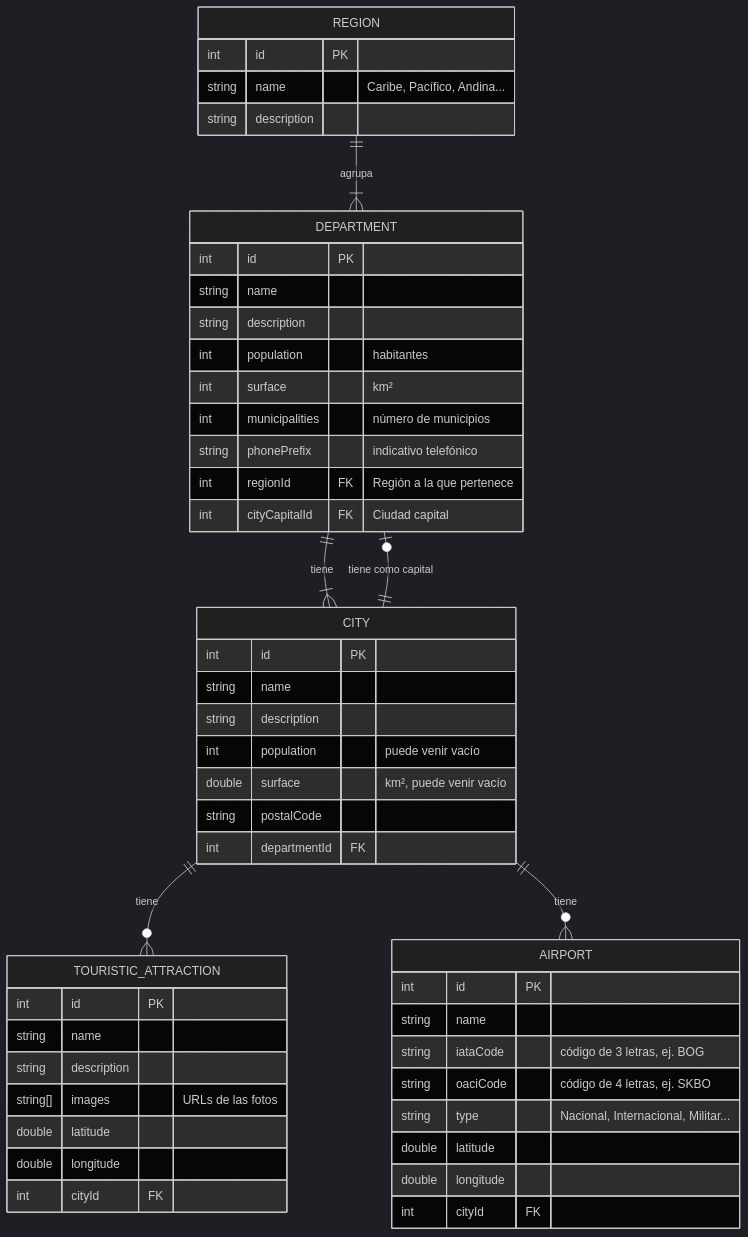
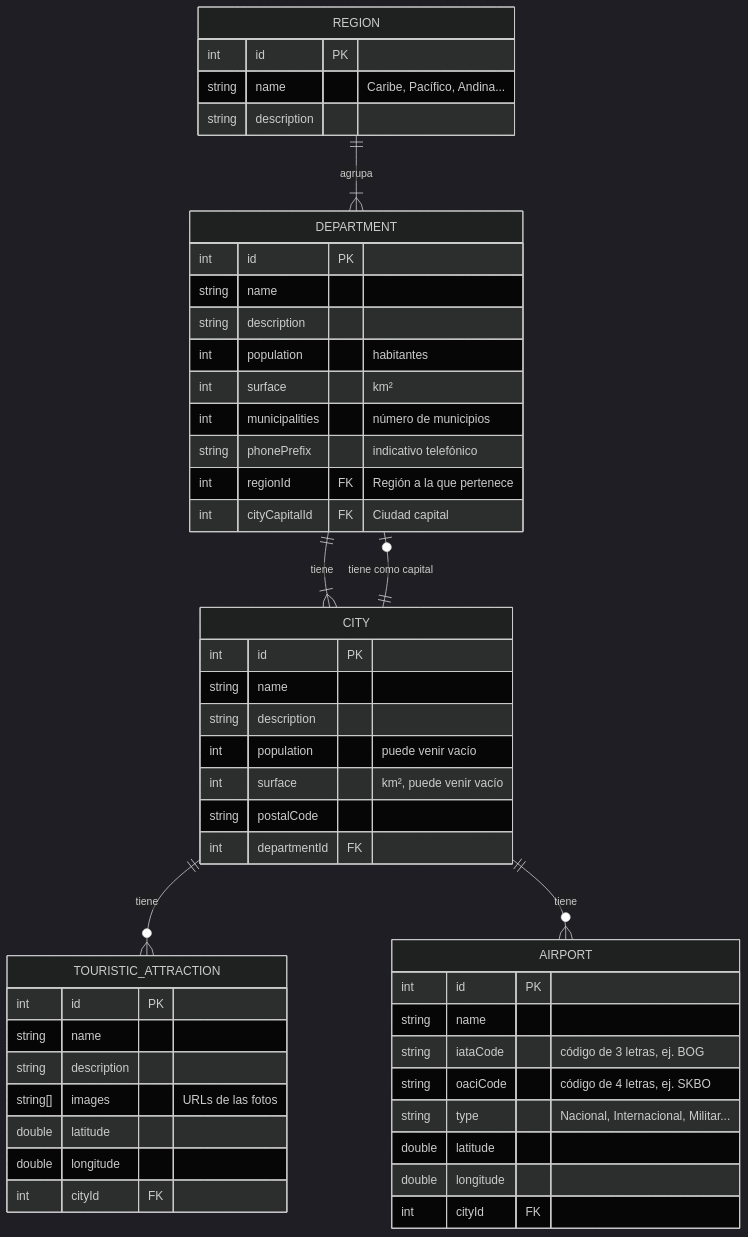
One commit to robledocordoba123-cmyk/android-design-rumbocolombia changed the diagram in README.md. Above: the diagram before and after it, drawn with Mermaid (dark theme). The commit also changed other lines of this file, not shown here.

Commit message:
Hito 2: corrige el dato de ciudades sin población ni superficie
Se verificó en la API: 1.060 de 1.123 ciudades vienen sin esos campos,
y la superficie de las ciudades es entera.

````diff
--- a/README.md
+++ b/README.md
@@ -77,57 +77,57 @@
 ```mermaid
 erDiagram
     REGION ||--|{ DEPARTMENT : "agrupa"
     DEPARTMENT ||--|{ CITY : "tiene"
     DEPARTMENT |o--|| CITY : "tiene como capital"
     CITY ||--o{ TOURISTIC_ATTRACTION : "tiene"
     CITY ||--o{ AIRPORT : "tiene"
 
     REGION {
         int id PK
         string name "Caribe, Pacífico, Andina..."
         string description
     }
 
     DEPARTMENT {
         int id PK
         string name
         string description
         int population "habitantes"
         int surface "km²"
         int municipalities "número de municipios"
         string phonePrefix "indicativo telefónico"
         int regionId FK "Región a la que pertenece"
         int cityCapitalId FK "Ciudad capital"
     }
 
     CITY {
         int id PK
         string name
         string description
         int population "puede venir vacío"
-        double surface "km², puede venir vacío"
+        int surface "km², puede venir vacío"
         string postalCode
         int departmentId FK
     }
 
     TOURISTIC_ATTRACTION {
         int id PK
         string name
         string description
         string[] images "URLs de las fotos"
         double latitude
         double longitude
         int cityId FK
     }
 
     AIRPORT {
         int id PK
         string name
         string iataCode "código de 3 letras, ej. BOG"
         string oaciCode "código de 4 letras, ej. SKBO"
         string type "Nacional, Internacional, Militar..."
         double latitude
         double longitude
         int cityId FK
     }
 ```
````
